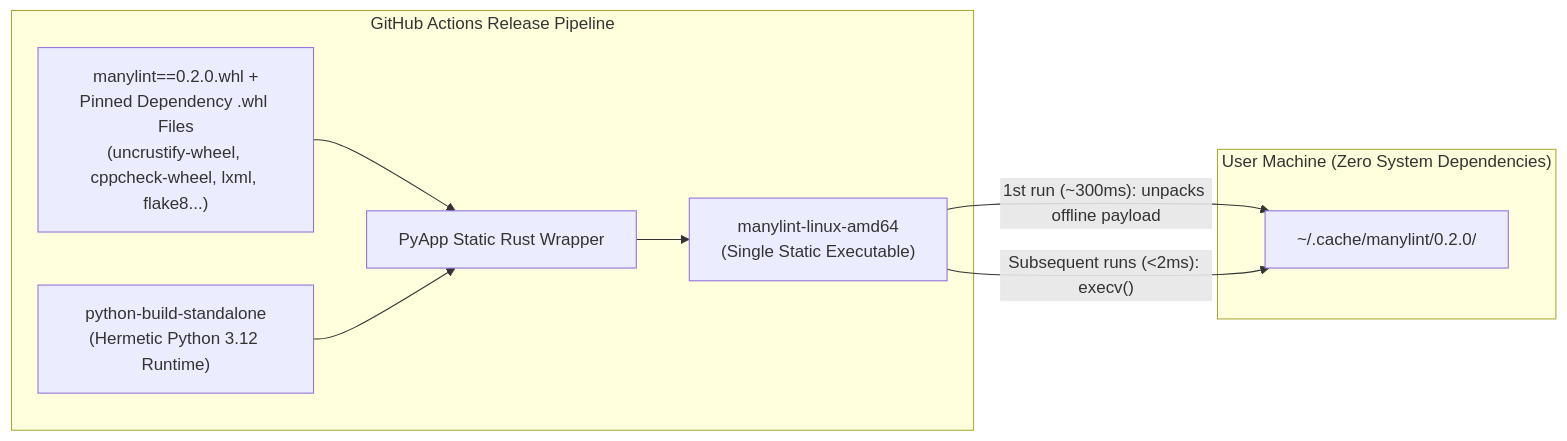
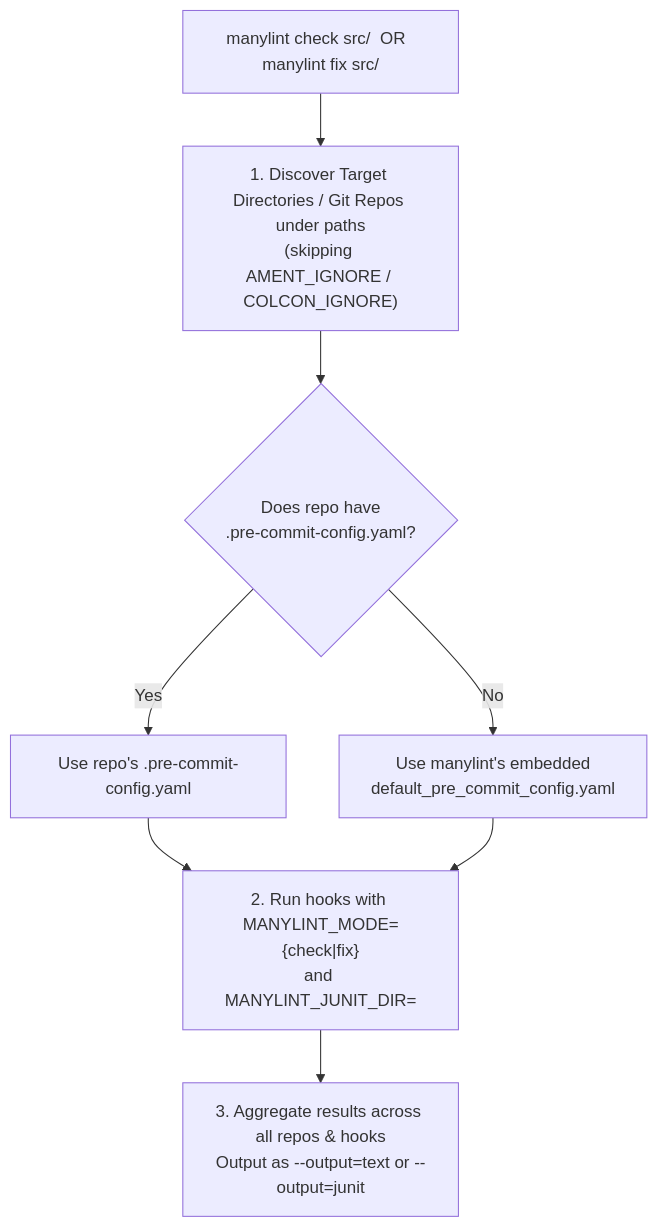
The diagram in hybrid_precommit_approach.md (sloretz/manylint), drawn with Mermaid before and after one commit. The commit also changed other lines of this file and 1 other file, not shown here.

Commit message:
Replace <export><manylint> with .pre-commit-config.yaml fallback model

````diff
--- a/hybrid_precommit_approach.md
+++ b/hybrid_precommit_approach.md
@@ -88,16 +84,10 @@
 ```mermaid
-flowchart LR
-  subgraph BuildTime["GitHub Actions Release Pipeline"]
-    W["manylint==0.2.0.whl +<br/>Pinned Dependency .whl Files<br/>(uncrustify-wheel, cppcheck-wheel, lxml, flake8...)"]
-    P["python-build-standalone<br/>(Hermetic Python 3.12 Runtime)"]
-    R["PyApp Static Rust Wrapper"]
-    W --> R
-    P --> R
-    R --> B["manylint-linux-amd64<br/>(Single Static Executable)"]
-  end
-
-  subgraph RunTime["User Machine (Zero System Dependencies)"]
-    B -->|"1st run (~300ms): unpacks offline payload"| C["~/.cache/manylint/0.2.0/"]
-    B -->|"Subsequent runs (<2ms): execv()"| C
-  end
+flowchart TD
+  CLI["manylint check src/  OR  manylint fix src/"] --> Discover["1. Discover Target Directories / Git Repos under paths<br/>(skipping AMENT_IGNORE / COLCON_IGNORE)"]
+  Discover --> CheckCfg{"Does repo have<br/>.pre-commit-config.yaml?"}
+  CheckCfg -->|"Yes"| UseRepoCfg["Use repo's .pre-commit-config.yaml"]
+  CheckCfg -->|"No"| UseDefaultCfg["Use manylint's embedded<br/>default_pre_commit_config.yaml"]
+  UseRepoCfg --> Exec["2. Run hooks with MANYLINT_MODE={check|fix}<br/>and MANYLINT_JUNIT_DIR=<temp_dir>"]
+  UseDefaultCfg --> Exec
+  Exec --> Report["3. Aggregate results across all repos & hooks<br/>Output as --output=text or --output=junit"]
 ```
````
